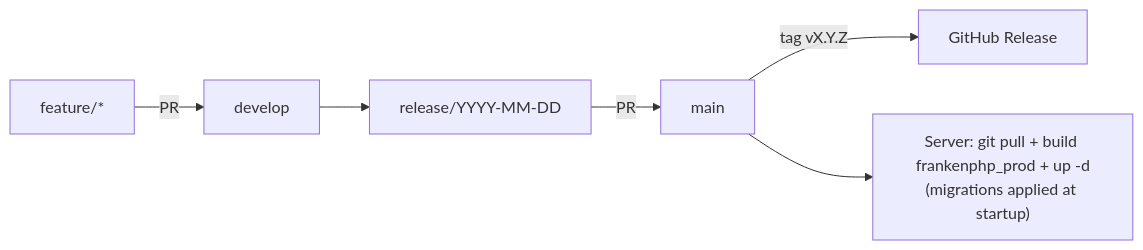
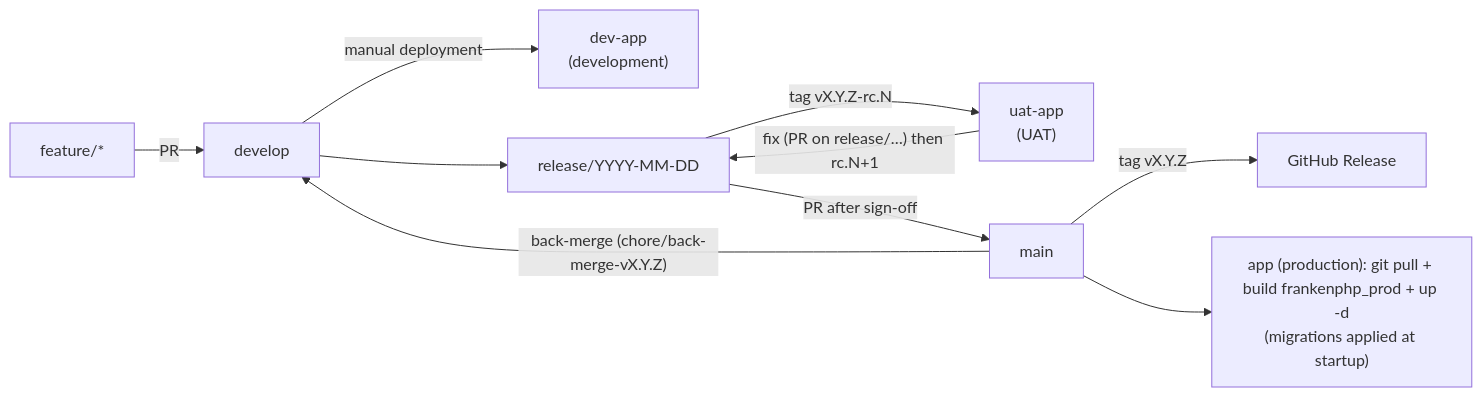
The diagram in src/content/docs/en/deployment/release-process.md (stevenCayla/synapse-docs), drawn with Mermaid before and after one commit. The commit also changed other lines of this file and 21 other files, not shown here.

````diff
--- a/src/content/docs/en/deployment/release-process.md
+++ b/src/content/docs/en/deployment/release-process.md
@@ -25,8 +25,12 @@
 ```mermaid
 flowchart LR
     feat["feature/*"] -->|PR| dev[develop]
+    dev -->|manual deployment| devsrv["dev-app<br/>(development)"]
     dev --> rel["release/YYYY-MM-DD"]
-    rel -->|PR| main[main]
+    rel -->|"tag vX.Y.Z-rc.N"| uat["uat-app<br/>(UAT)"]
+    uat -->|"fix (PR on release/…) then rc.N+1"| rel
+    rel -->|"PR after sign-off"| main[main]
     main -->|"tag vX.Y.Z"| gh[GitHub Release]
-    main --> srv["Server: git pull + build frankenphp_prod + up -d<br/>(migrations applied at startup)"]
+    main --> srv["app (production): git pull + build frankenphp_prod + up -d<br/>(migrations applied at startup)"]
+    main -->|"back-merge (chore/back-merge-vX.Y.Z)"| dev
 ```
````
